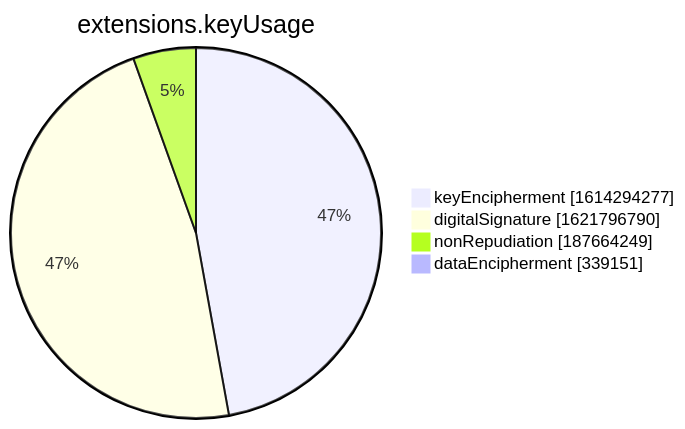
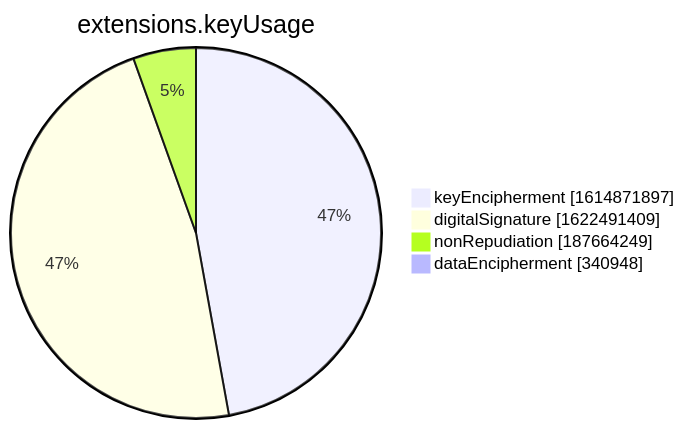
The seventh of 15 diagrams in xenon2022/README.md (christiankrug/ctmonitor_visualization), drawn with Mermaid before and after one commit. The commit also changed other lines of this file, not shown here.

````diff
--- a/xenon2022/README.md
+++ b/xenon2022/README.md
@@ -2855,8 +2855,8 @@
 ```mermaid
 pie showData
 title extensions.keyUsage
-"keyEncipherment" :1614294277
-"digitalSignature" :1621796790
+"keyEncipherment" :1614871897
+"digitalSignature" :1622491409
 "nonRepudiation" :187664249
-"dataEncipherment" :339151
+"dataEncipherment" :340948
 ```
````
